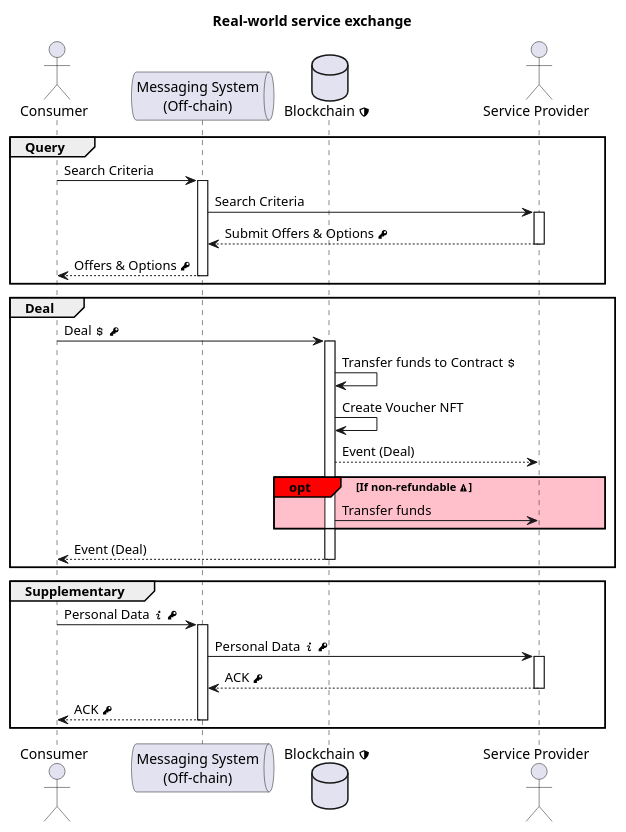
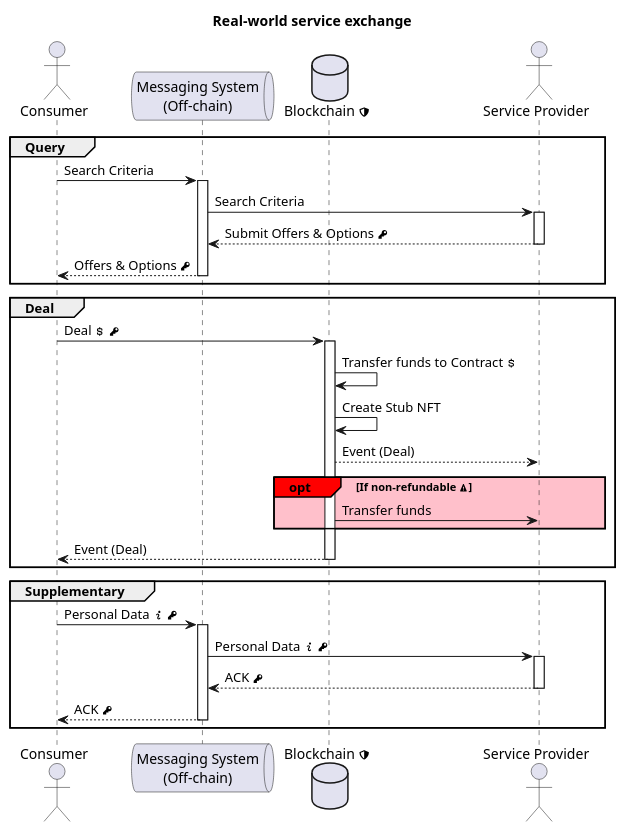
Before and after one commit to windingtree/videre: the diagram in packages/docs/docs/protocol/process.md, drawn with PlantUML. The commit also changed 3 other files, not shown here.

````diff
--- a/packages/docs/docs/protocol/process.md
+++ b/packages/docs/docs/protocol/process.md
@@ -8,44 +8,44 @@
 ```plantuml Your title
 @startuml
 
 title Real-world service exchange
 
 actor Consumer as C
 queue "Messaging System\n(Off-chain)" as MS
 database "Blockchain <&shield>" as BC
 actor "Service Provider" as SP
 
 group Query
    C->MS : Search Criteria
    activate MS
    MS->SP : Search Criteria
    activate SP
    return Submit Offers & Options <&key>
    return Offers & Options <&key>
 end
 
 group Deal
    C->BC: Deal <&dollar> <&key>
    activate BC
    BC->BC: Transfer funds to Contract <&dollar>
-   BC->BC: Create Voucher NFT
+   BC->BC: Create Stub NFT
    BC-->SP: Event (Deal)
    opt#red #pink If non-refundable <&warning>
    BC->SP: Transfer funds
    end
    deactivate SP
    BC-->C: Event (Deal)
    deactivate BC
 end
 
 group Supplementary
    C->MS: Personal Data <&info> <&key>
    activate MS
    MS->SP : Personal Data <&info> <&key>
    activate SP
    return ACK <&key>
    return ACK <&key>
 end
 
 @enduml
 ```
````
